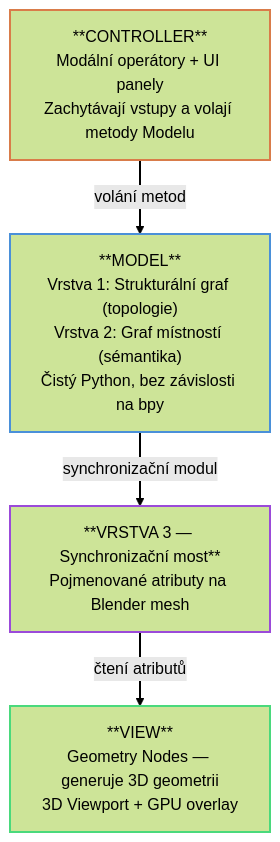
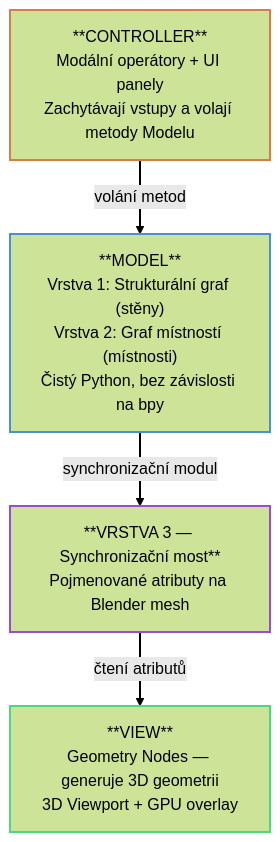
The diagram in docs/sections/03_Design/01_architecture.md (TheGingeros/floorplanmaster), drawn with Mermaid (forest theme) before and after one commit. The commit also changed 1 other file, not shown here.

````diff
--- a/docs/sections/03_Design/01_architecture.md
+++ b/docs/sections/03_Design/01_architecture.md
@@ -11,17 +11,17 @@
 ```mermaid
 flowchart TD
     C["**CONTROLLER**<br/>Modální operátory + UI panely<br/>Zachytávají vstupy a volají metody Modelu"]:::ctrl
-    M["**MODEL**<br/>Vrstva 1: Strukturální graf (topologie)<br/>Vrstva 2: Graf místností (sémantika)<br/>Čistý Python, bez závislosti na bpy"]:::model
+    M["**MODEL**<br/>Vrstva 1: Strukturální graf (stěny)<br/>Vrstva 2: Graf místností (místnosti)<br/>Čistý Python, bez závislosti na bpy"]:::model
     V3["**VRSTVA 3 — Synchronizační most**<br/>Pojmenované atributy na Blender mesh"]:::bridge
     V["**VIEW**<br/>Geometry Nodes — generuje 3D geometrii<br/>3D Viewport + GPU overlay"]:::view
 
     C -->|"volání metod"| M
     M -->|"synchronizační modul"| V3
     V3 -->|"čtení atributů"| V
 
     classDef ctrl   stroke:#d97c4a,stroke-width:2px
     classDef model  stroke:#4a90d9,stroke-width:2px
     classDef bridge stroke:#9b4ad9,stroke-width:2px
     classDef view   stroke:#4ad97c,stroke-width:2px
     linkStyle default stroke-width:2px
 ```
````
